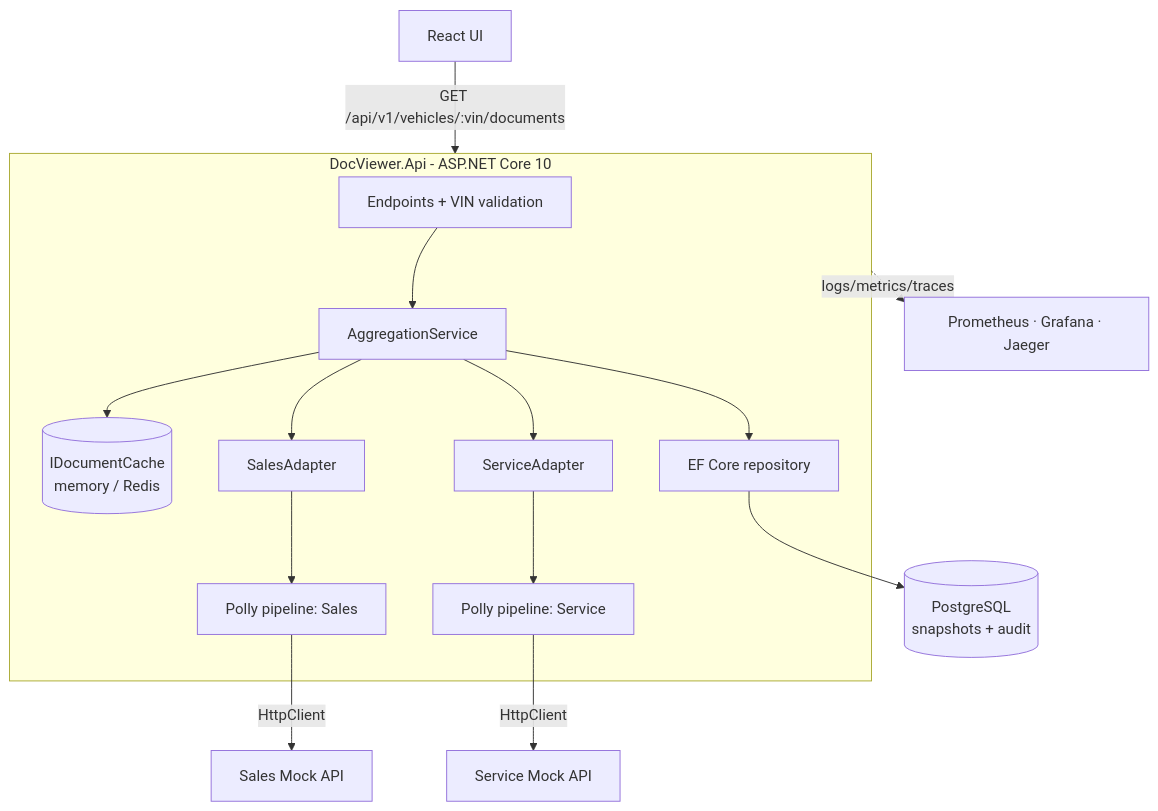
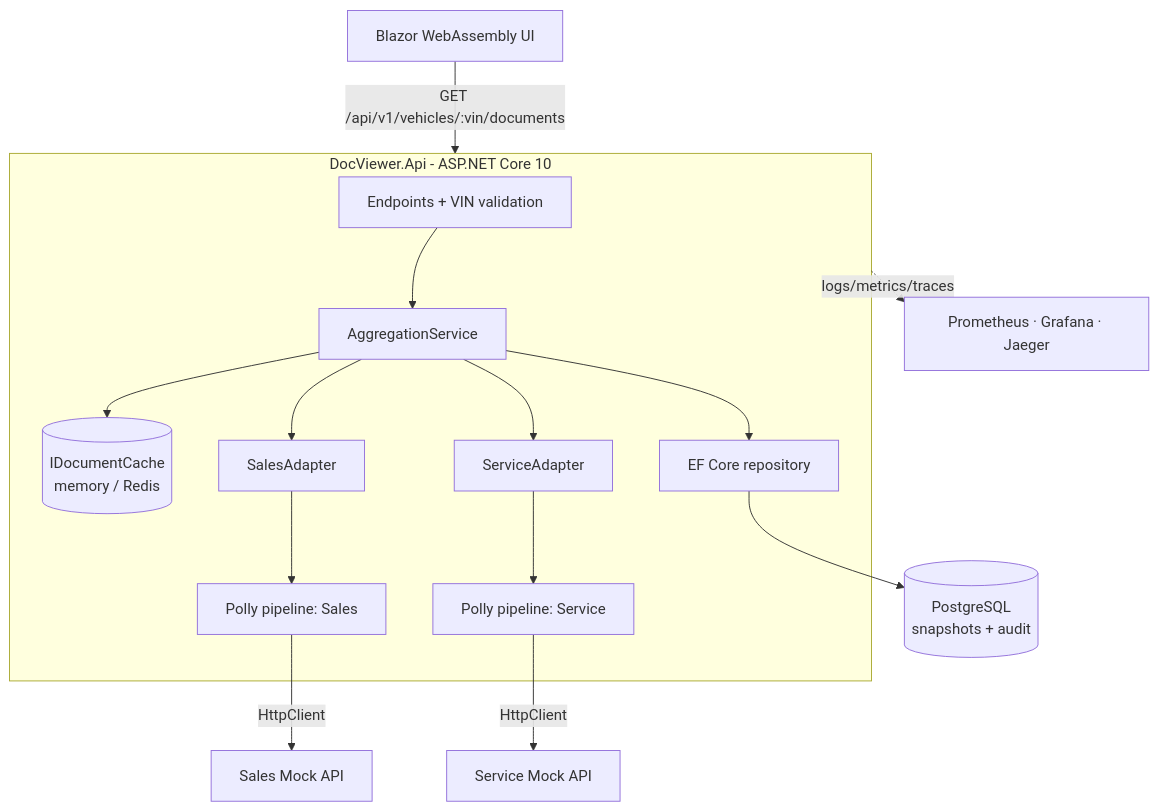
One commit to kumarabhik/keyloop-document-viewer changed the first of 2 diagrams in DESIGN.md. Above: the diagram before and after it, drawn with Mermaid. The commit also changed other lines of this file and 1 other file, not shown here.

````diff
--- a/DESIGN.md
+++ b/DESIGN.md
@@ -162,17 +162,17 @@
 ```mermaid
 flowchart TB
-  UI[React UI] -->|GET /api/v1/vehicles/:vin/documents| API
+  UI[Blazor WebAssembly UI] -->|GET /api/v1/vehicles/:vin/documents| API
   subgraph API[DocViewer.Api - ASP.NET Core 10]
     R[Endpoints + VIN validation] --> S[AggregationService]
     S --> C[(IDocumentCache<br/>memory / Redis)]
     S --> SA[SalesAdapter]
     S --> VA[ServiceAdapter]
     SA --> P1[Polly pipeline: Sales]
     VA --> P2[Polly pipeline: Service]
     S --> REPO[EF Core repository]
   end
   P1 -->|HttpClient| SM[Sales Mock API]
   P2 -->|HttpClient| VM[Service Mock API]
   REPO --> PG[(PostgreSQL<br/>snapshots + audit)]
   API -. logs/metrics/traces .-> OBS[Prometheus · Grafana · Jaeger]
 ```
````
